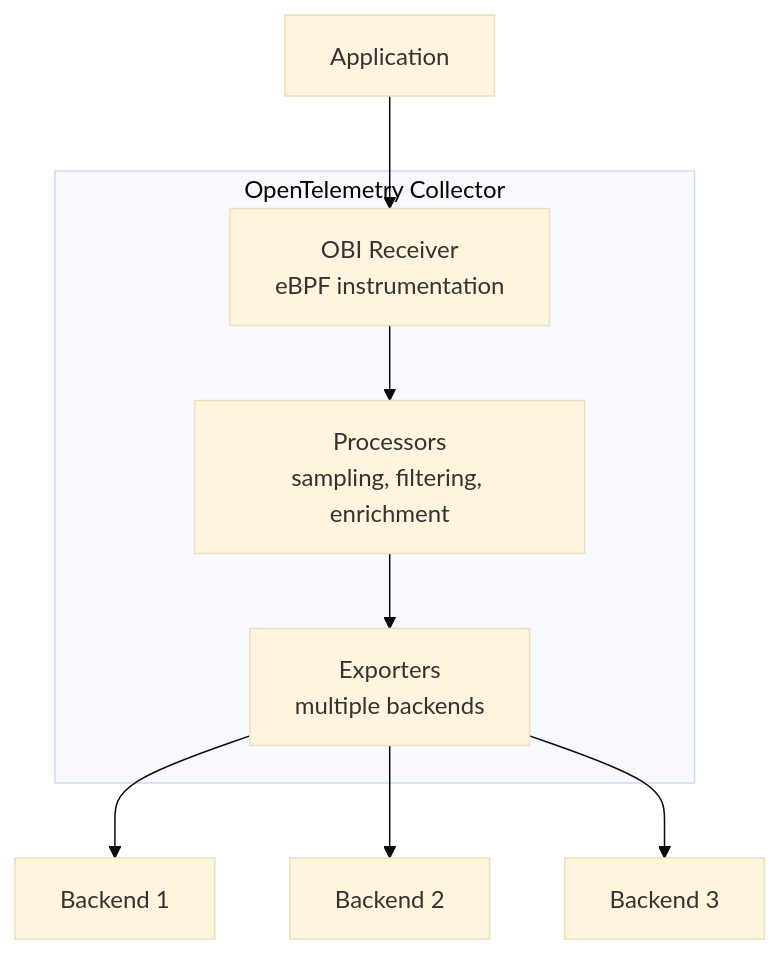
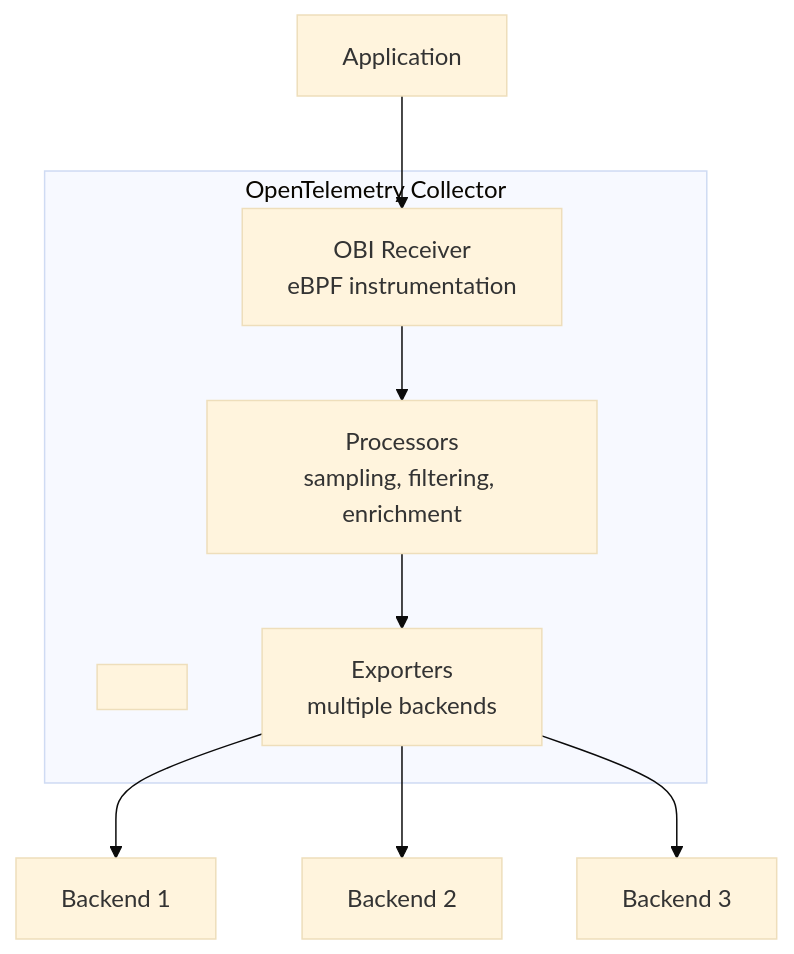
One commit to open-telemetry/opentelemetry.io changed the second of 2 diagrams in content/en/docs/zero-code/obi/configure/collector-receiver.md. Above: the diagram before and after it, drawn with Mermaid (base theme). The commit also changed other lines of this file and 1 other file, not shown here.

````diff
--- a/content/en/docs/zero-code/obi/configure/collector-receiver.md
+++ b/content/en/docs/zero-code/obi/configure/collector-receiver.md
@@ -70,21 +70,22 @@
 ```mermaid
 graph TD
     App[Application]
 
     subgraph Collector[OpenTelemetry Collector]
+        space[ ]
         OBI[OBI Receiver<br/>eBPF instrumentation]
         Processors[Processors<br/>sampling, filtering, enrichment]
         Exporters[Exporters<br/>multiple backends]
     end
 
     Backend1[Backend 1]
     Backend2[Backend 2]
     Backend3[Backend 3]
 
     App --> OBI
     OBI --> Processors
     Processors --> Exporters
     Exporters --> Backend1
     Exporters --> Backend2
     Exporters --> Backend3
 ```
````
